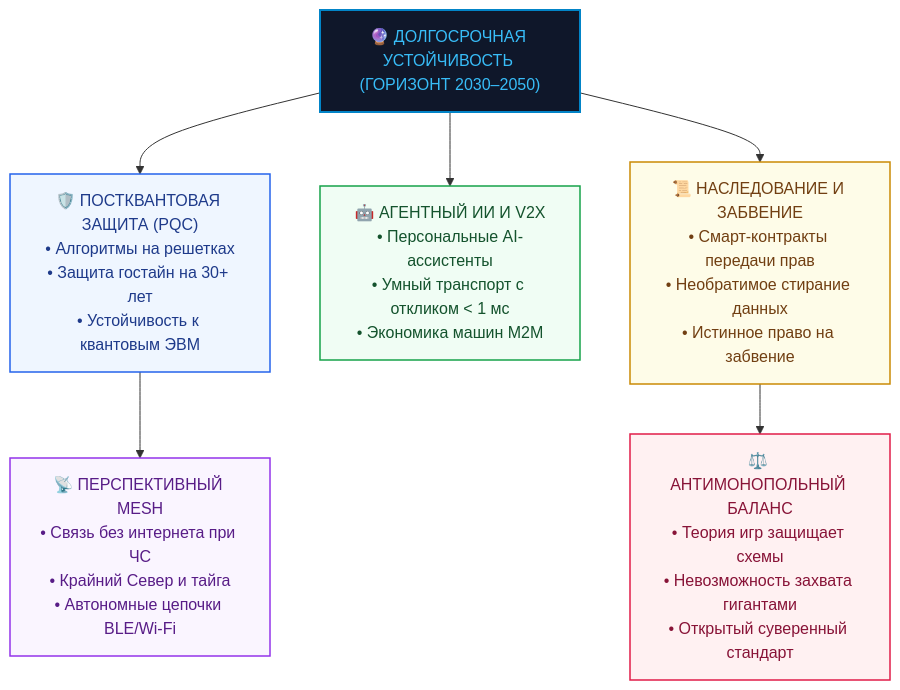
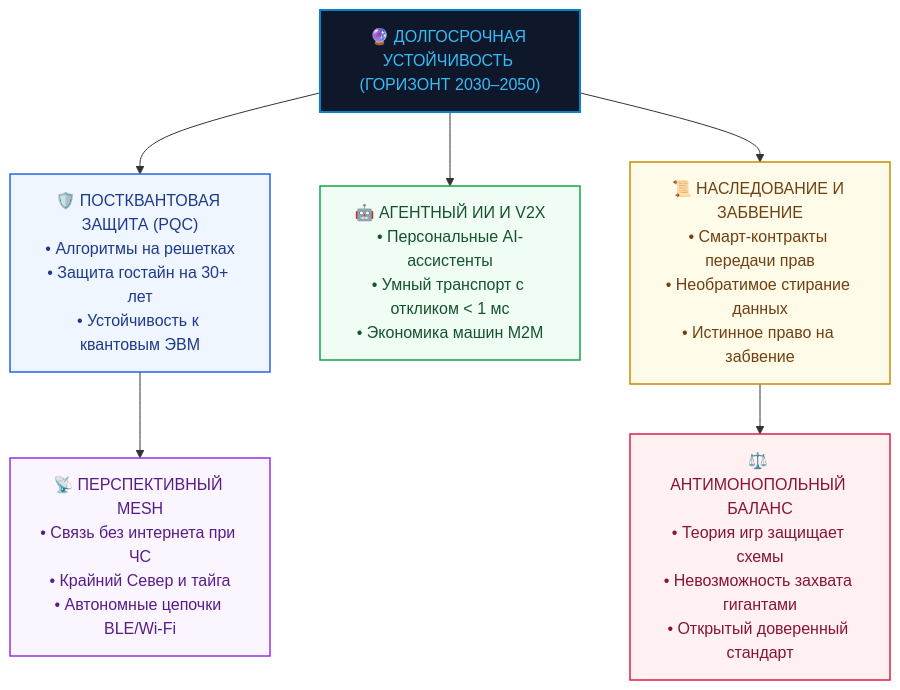
One commit to Data-Independence-Network/presentations changed the seventh of 7 diagrams in overall_presentations/02_stakeholders_benefits_presentation/docs/turbase_stakeholders_value_matrix.md. Above: the diagram before and after it, drawn with Mermaid. The commit also changed other lines of this file and 81 other files, not shown here.

````diff
--- a/overall_presentations/02_stakeholders_benefits_presentation/docs/turbase_stakeholders_value_matrix.md
+++ b/overall_presentations/02_stakeholders_benefits_presentation/docs/turbase_stakeholders_value_matrix.md
@@ -466,24 +466,24 @@
 ```mermaid
 graph TD
     classDef root fill:#0f172a,stroke:#0284c7,stroke-width:2px,color:#38bdf8;
     classDef lt1 fill:#eff6ff,stroke:#2563eb,stroke-width:1.5px,color:#1e3a8a;
     classDef lt2 fill:#f0fdf4,stroke:#16a34a,stroke-width:1.5px,color:#14532d;
     classDef lt3 fill:#fefce8,stroke:#ca8a04,stroke-width:1.5px,color:#713f12;
     classDef lt4 fill:#faf5ff,stroke:#9333ea,stroke-width:1.5px,color:#581c87;
     classDef lt5 fill:#fff1f2,stroke:#e11d48,stroke-width:1.5px,color:#881337;
 
     Root["🔮 ДОЛГОСРОЧНАЯ УСТОЙЧИВОСТЬ (ГОРИЗОНТ 2030–2050)"]:::root
     
     L1["🛡️ ПОСТКВАНТОВАЯ ЗАЩИТА (PQC)<br/>• Алгоритмы на решетках<br/>• Защита гостайн на 30+ лет<br/>• Устойчивость к квантовым ЭВМ"]:::lt1
     L2["🤖 АГЕНТНЫЙ ИИ И V2X<br/>• Персональные AI-ассистенты<br/>• Умный транспорт с откликом < 1 мс<br/>• Экономика машин M2M"]:::lt2
     L3["📜 НАСЛЕДОВАНИЕ И ЗАБВЕНИЕ<br/>• Смарт-контракты передачи прав<br/>• Необратимое стирание данных<br/>• Истинное право на забвение"]:::lt3
 
     L4["📡 ПЕРСПЕКТИВНЫЙ MESH<br/>• Связь без интернета при ЧС<br/>• Крайний Север и тайга<br/>• Автономные цепочки BLE/Wi-Fi"]:::lt4
-    L5["⚖️ АНТИМОНОПОЛЬНЫЙ БАЛАНС<br/>• Теория игр защищает схемы<br/>• Невозможность захвата гигантами<br/>• Открытый суверенный стандарт"]:::lt5
+    L5["⚖️ АНТИМОНОПОЛЬНЫЙ БАЛАНС<br/>• Теория игр защищает схемы<br/>• Невозможность захвата гигантами<br/>• Открытый доверенный стандарт"]:::lt5
 
     Root --> L1
     Root --> L2
     Root --> L3
     L1 --> L4
     L3 --> L5
 ```
````
